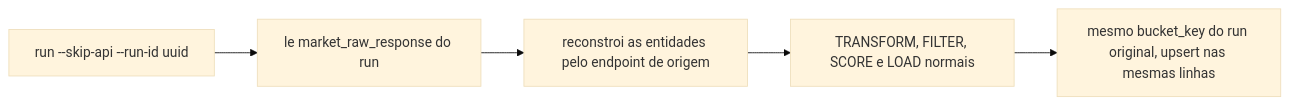
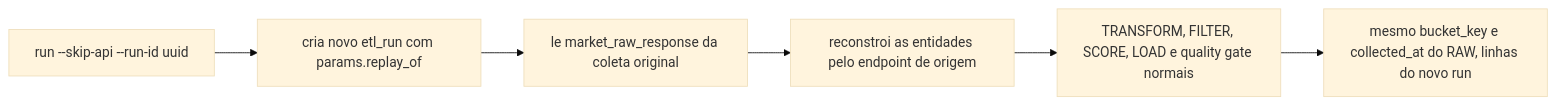
The fifth of 12 diagrams in README.md (undercontroll-inc/etl), drawn with Mermaid (base theme) before and after one commit. The commit also changed other lines of this file and 3 other files, not shown here.

````diff
--- a/README.md
+++ b/README.md
@@ -228,7 +245,8 @@
 ```mermaid
 flowchart LR
-    Cmd["run --skip-api --run-id uuid"] --> Fetch["le market_raw_response do run"]
+    Cmd["run --skip-api --run-id uuid"] --> New["cria novo etl_run com params.replay_of"]
+    New --> Fetch["le market_raw_response da coleta original"]
     Fetch --> Rebuild["reconstroi as entidades pelo endpoint de origem"]
-    Rebuild --> Reuse["TRANSFORM, FILTER, SCORE e LOAD normais"]
-    Reuse --> Same["mesmo bucket_key do run original, upsert nas mesmas linhas"]
+    Rebuild --> Reuse["TRANSFORM, FILTER, SCORE, LOAD e quality gate normais"]
+    Reuse --> Same["mesmo bucket_key e collected_at do RAW, linhas do novo run"]
 ```
````
